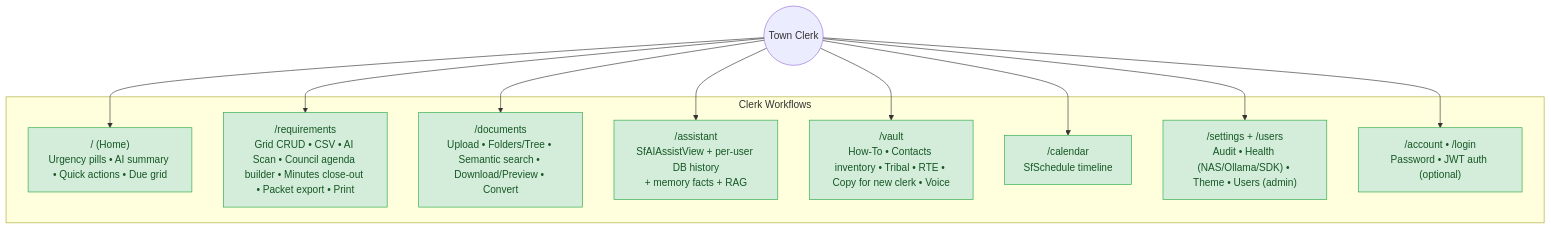
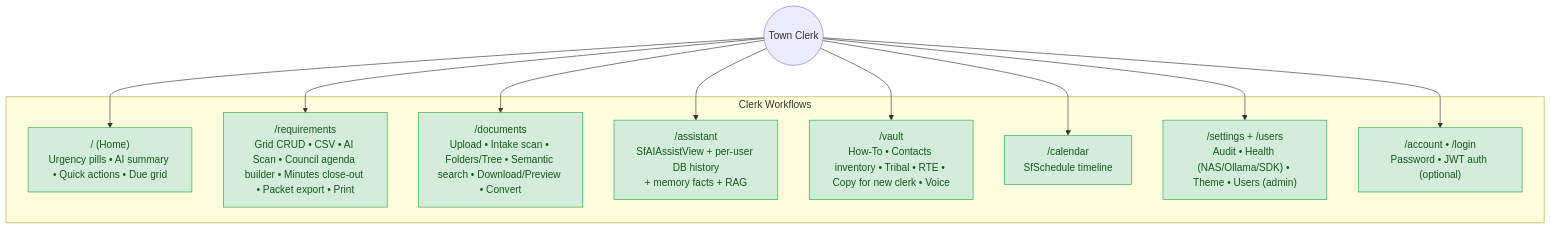
One commit to Bigessfour/TIKR-Town-Institutional-Knowledge-Tracker changed the first of 3 diagrams in docs/function-tree.md. Above: the diagram before and after it, drawn with Mermaid. The commit also changed other lines of this file and 102 other files, not shown here.

First line of the commit message:
Add document intake scan, folder browse, and Documents UI polish.

````diff
--- a/docs/function-tree.md
+++ b/docs/function-tree.md
@@ -12,27 +12,27 @@
 ```mermaid
 flowchart TB
     Clerk((Town Clerk))
 
     subgraph ClerkWorkflows["Clerk Workflows"]
         Dashboard["/ (Home)\nUrgency pills • AI summary • Quick actions • Due grid"]
         Requirements["/requirements\nGrid CRUD • CSV • AI Scan • Council agenda builder • Minutes close-out • Packet export • Print"]
-        Documents["/documents\nUpload • Folders/Tree • Semantic search • Download/Preview • Convert"]
+        Documents["/documents\nUpload • Intake scan • Folders/Tree • Semantic search • Download/Preview • Convert"]
         Assistant["/assistant\nSfAIAssistView + per-user DB history\n+ memory facts + RAG"]
         Vault["/vault\nHow-To • Contacts inventory • Tribal • RTE • Copy for new clerk • Voice"]
         Calendar["/calendar\nSfSchedule timeline"]
         Settings["/settings + /users\nAudit • Health (NAS/Ollama/SDK) • Theme • Users (admin)"]
         Account["/account • /login\nPassword • JWT auth (optional)"]
     end
 
     Clerk --> Dashboard
     Clerk --> Requirements
     Clerk --> Documents
     Clerk --> Assistant
     Clerk --> Vault
     Clerk --> Calendar
     Clerk --> Settings
     Clerk --> Account
 
     classDef done fill:#d4edda,stroke:#28a745,color:#155724
     class Dashboard,Requirements,Documents,Assistant,Vault,Calendar,Settings,Account done
 ```
````
